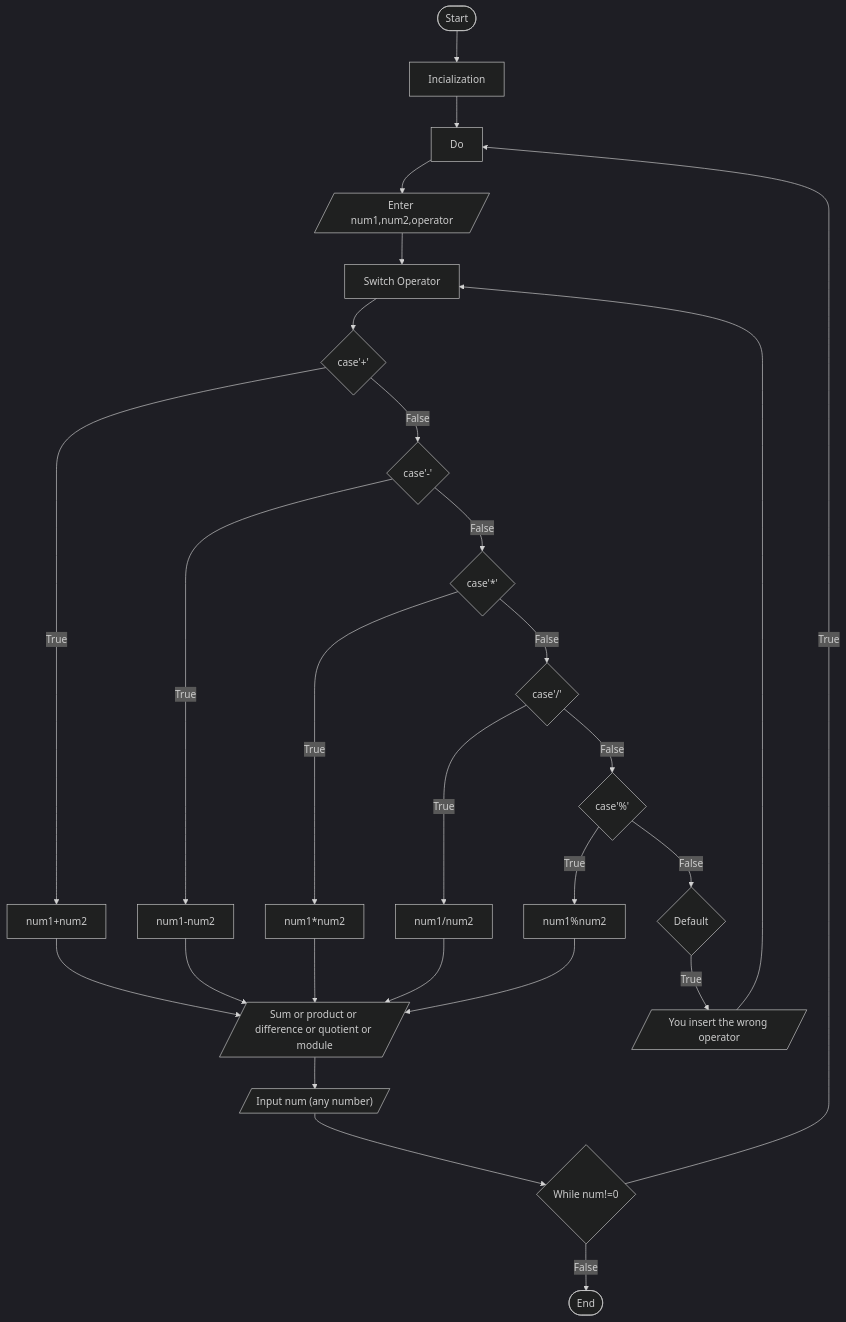
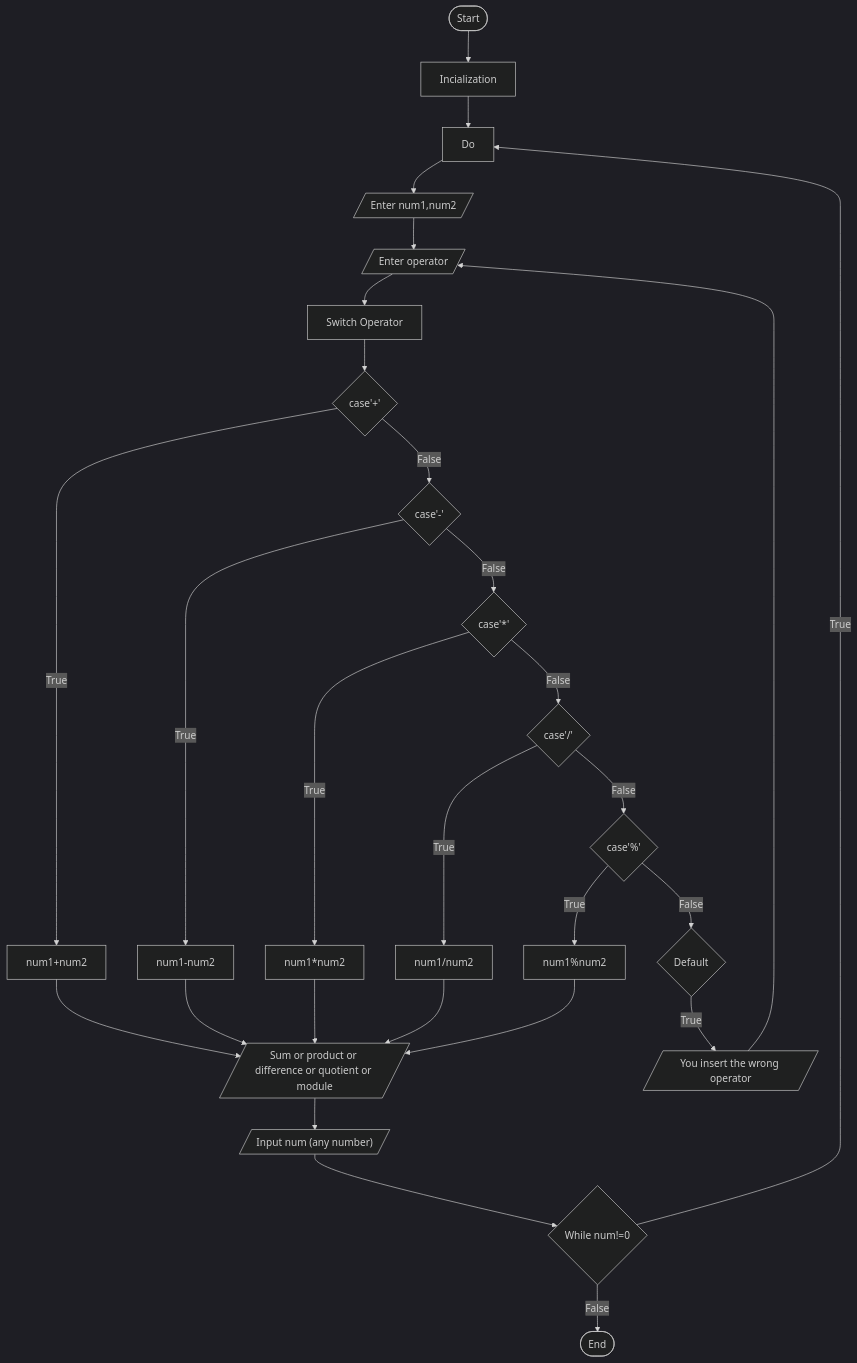
The diagram in ETS1049_15_Natnael_Yonas/Activity3.1/simpleCalculator.md (SWEG-2015EC-Batch/Felix), drawn with Mermaid (dark theme) before and after one commit.

````diff
--- a/ETS1049_15_Natnael_Yonas/Activity3.1/simpleCalculator.md
+++ b/ETS1049_15_Natnael_Yonas/Activity3.1/simpleCalculator.md
@@ -8,29 +8,30 @@
 ```mermaid
 graph TD;
 A([Start])-->B[Incialization];
 B--> C[Do];
-C--> D[/Enter num1,num2,operator/];
-D--> E[Switch Operator];
+C--> D[/Enter num1,num2/];
+D--> Z[/Enter operator/];
+Z-->E[Switch Operator];
 E--> F{case'+'};
 F-->|True|G[num1+num2];
 F-->|False|H{case'-'};
 H-->|True|I[num1-num2];
 H--> |False|J{case'*'};
 J--> |True|K[num1*num2];
 J-->|False|L{case'/'};
 L-->|True|M[num1/num2];
 L-->|False|N{case'%'};
 N-->|True|O[num1%num2];
 N-->|False|P{Default};
 P--> |True|Q[/You insert the wrong operator/];
-Q-->E
+Q-->Z;
 G-->U[/Sum or product or difference or quotient or module/];
 I-->U;
 K-->U;
 M-->U;
 O-->U;
 U-->R[/"Input num (any number)"/];
 R-->S{"While num!=0"};
 S-->|True|C;
 S--> |False|T([End]);
 ```
````
